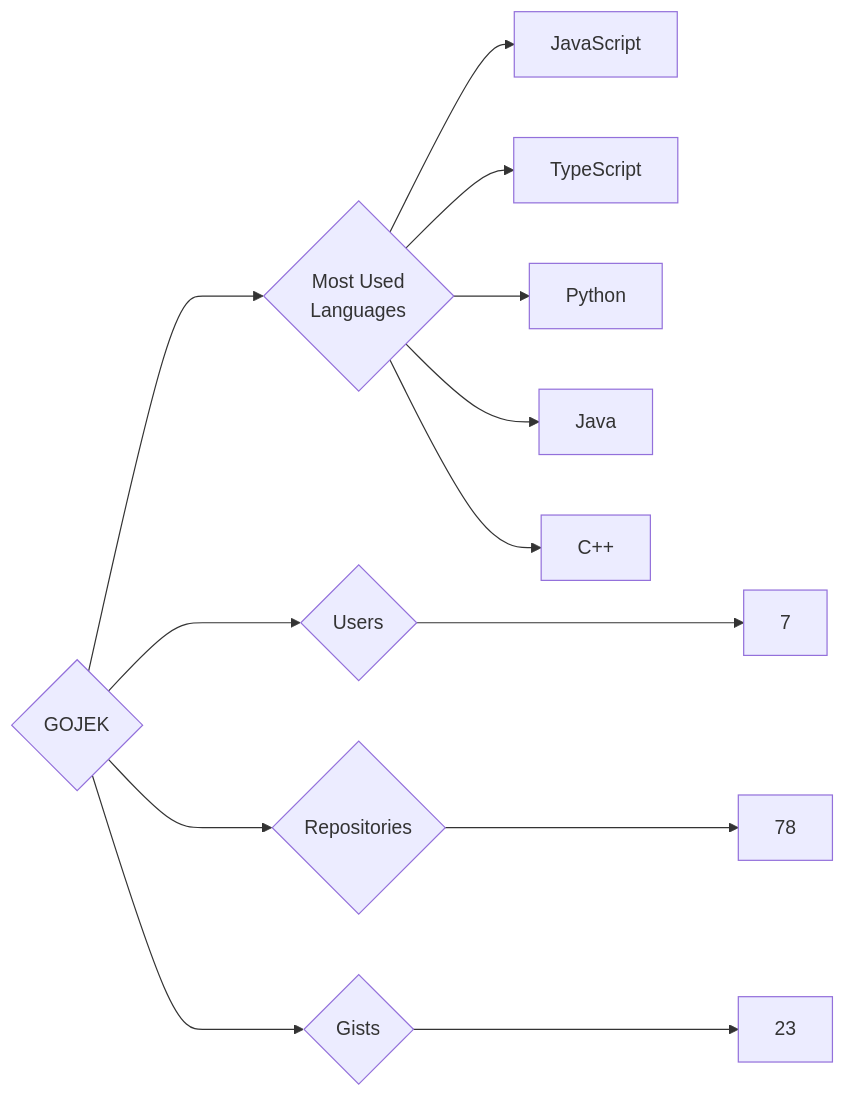
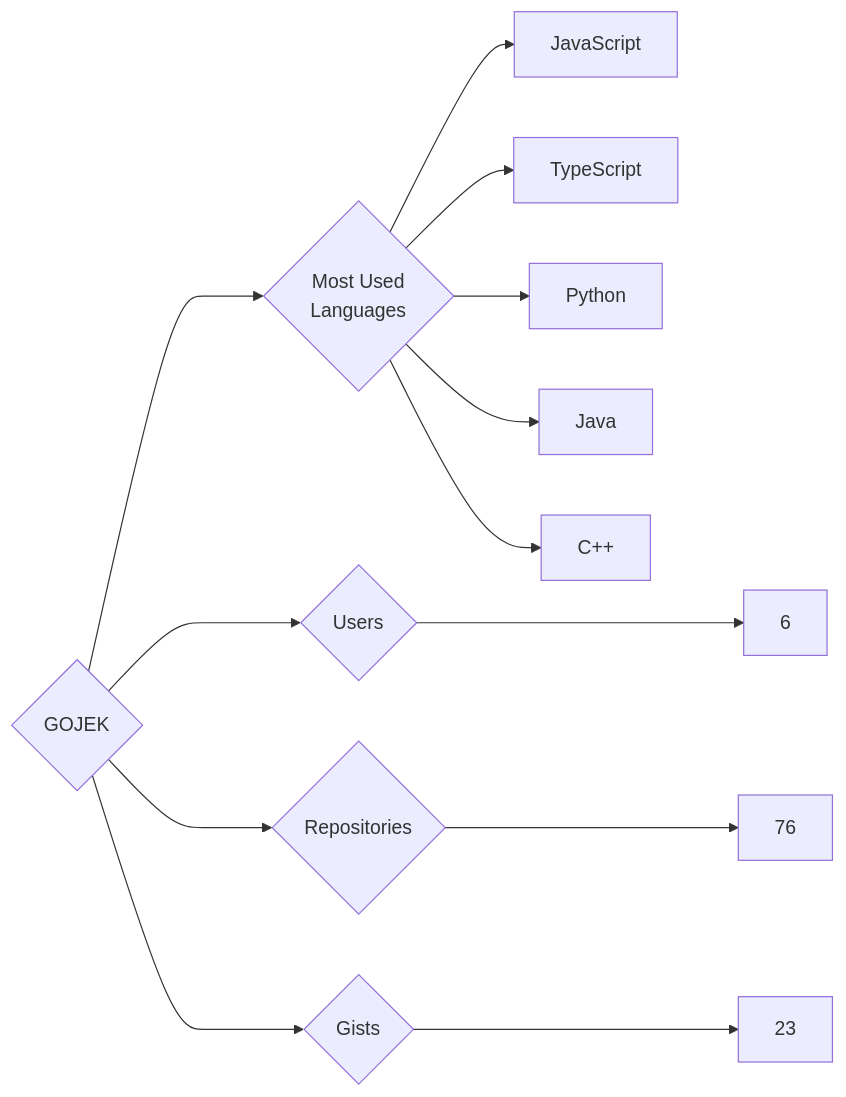
One commit to trickest/insiders changed the diagram in targets/GOJEK/README.md. Above: the diagram before and after it, drawn with Mermaid. The commit also changed 942 other files, not shown here.

````diff
--- a/targets/GOJEK/README.md
+++ b/targets/GOJEK/README.md
@@ -3,13 +3,13 @@
 ```mermaid
 graph LR
 COMPANY_NAME{GOJEK}
-COMPANY_NAME ---> U{Users} ---> UN[7]
-COMPANY_NAME ---> R{Repositories} ---> RN[78]
+COMPANY_NAME ---> U{Users} ---> UN[6]
+COMPANY_NAME ---> R{Repositories} ---> RN[76]
 COMPANY_NAME ---> G{Gists} ---> GN[23]
 COMPANY_NAME ---> ML{Most Used<br>Languages}
 ML --> JavaScript[JavaScript]
 ML --> TypeScript[TypeScript]
 ML --> Python[Python]
 ML --> Java[Java]
 ML --> C++[C++]
 ```
````
